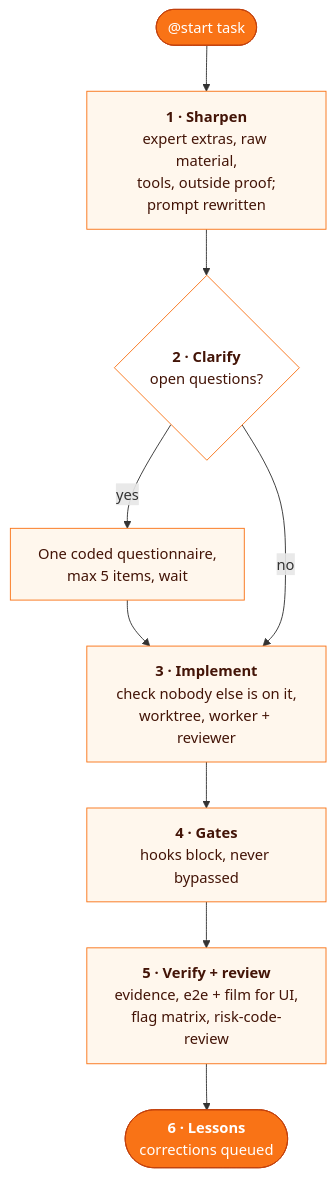
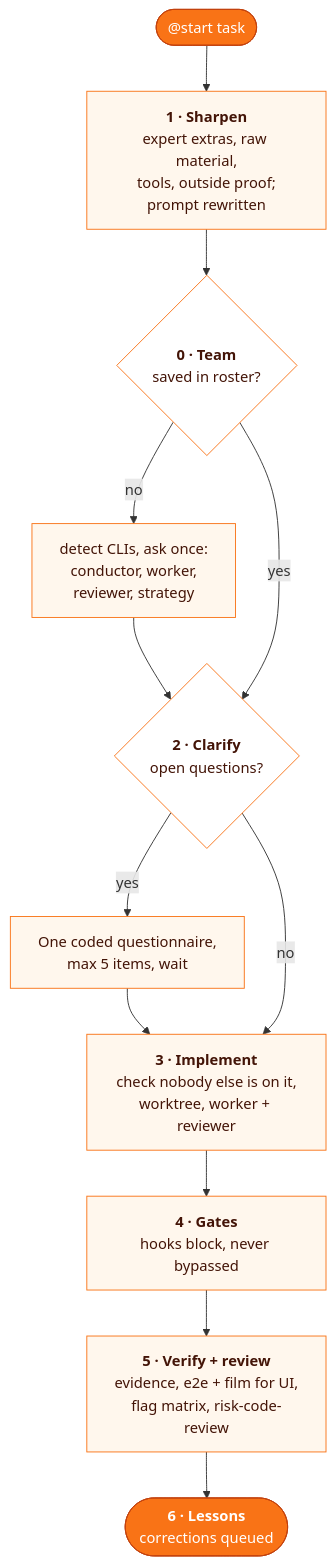
One commit to MarcinSufa/skills changed the diagram in skills/start/README.md. Above: the diagram before and after it, drawn with Mermaid. The commit also changed other lines of this file and 1 other file, not shown here.

First line of the commit message:
feat(start): team setup and strategies over the composed skills (#3)

````diff
--- a/skills/start/README.md
+++ b/skills/start/README.md
@@ -31,18 +33,21 @@
 ```mermaid
 flowchart TD
   IN(["@start task"]) --> S1["<b>1 · Sharpen</b><br/>expert extras, raw material,<br/>tools, outside proof;<br/>prompt rewritten"]
-  S1 --> S2{"<b>2 · Clarify</b><br/>open questions?"}
+  S1 --> S0{"<b>0 · Team</b><br/>saved in roster?"}
+  S0 -- no --> T["detect CLIs, ask once:<br/>conductor, worker,<br/>reviewer, strategy"]
+  T --> S2
+  S0 -- yes --> S2{"<b>2 · Clarify</b><br/>open questions?"}
   S2 -- yes --> Q["One coded questionnaire,<br/>max 5 items, wait"]
   Q --> S3
   S2 -- no --> S3["<b>3 · Implement</b><br/>check nobody else is on it,<br/>worktree, worker + reviewer"]
   S3 --> S4["<b>4 · Gates</b><br/>hooks block, never bypassed"]
   S4 --> S5["<b>5 · Verify + review</b><br/>evidence, e2e + film for UI,<br/>flag matrix, risk-code-review"]
   S5 --> S6(["<b>6 · Lessons</b><br/>corrections queued"])
 
   classDef io fill:#f97316,stroke:#c2410c,color:#fff
   classDef step fill:#fff7ed,stroke:#f97316,color:#431407
   classDef ask fill:#ffffff,stroke:#f97316,color:#431407
   class IN,S6 io
-  class S1,Q,S3,S4,S5 step
-  class S2 ask
+  class S1,T,Q,S3,S4,S5 step
+  class S0,S2 ask
 ```
````
